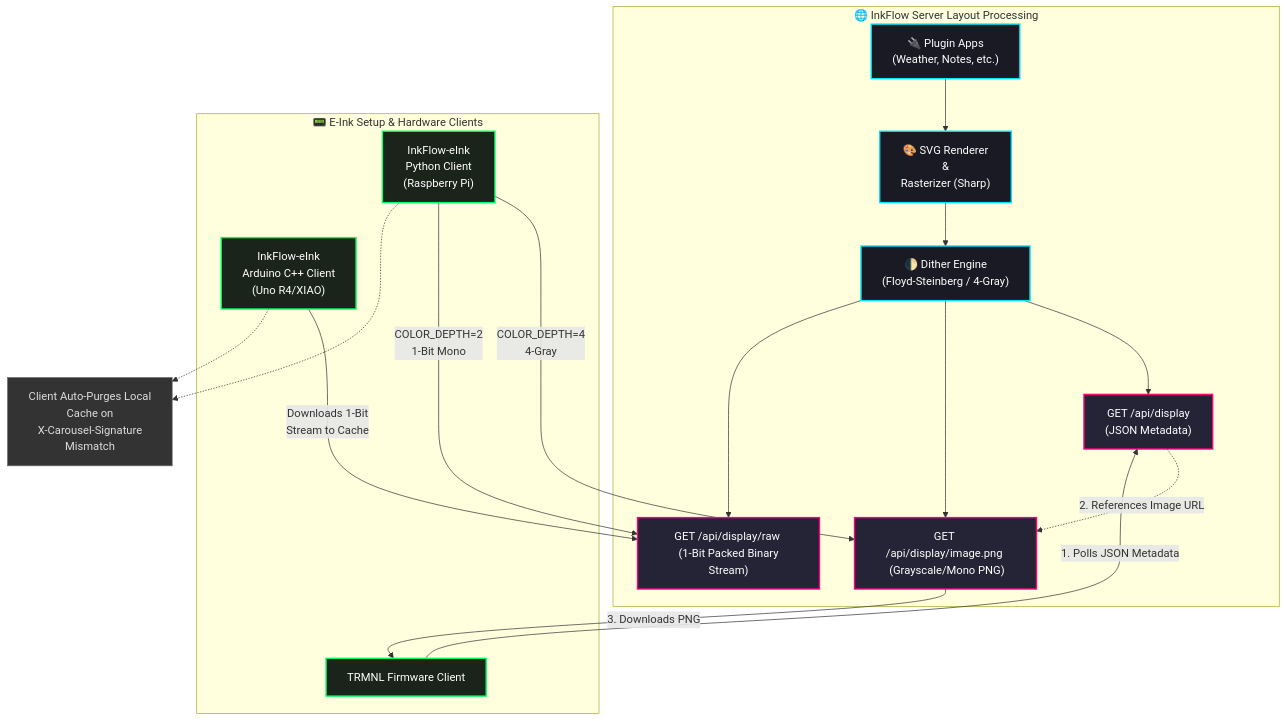
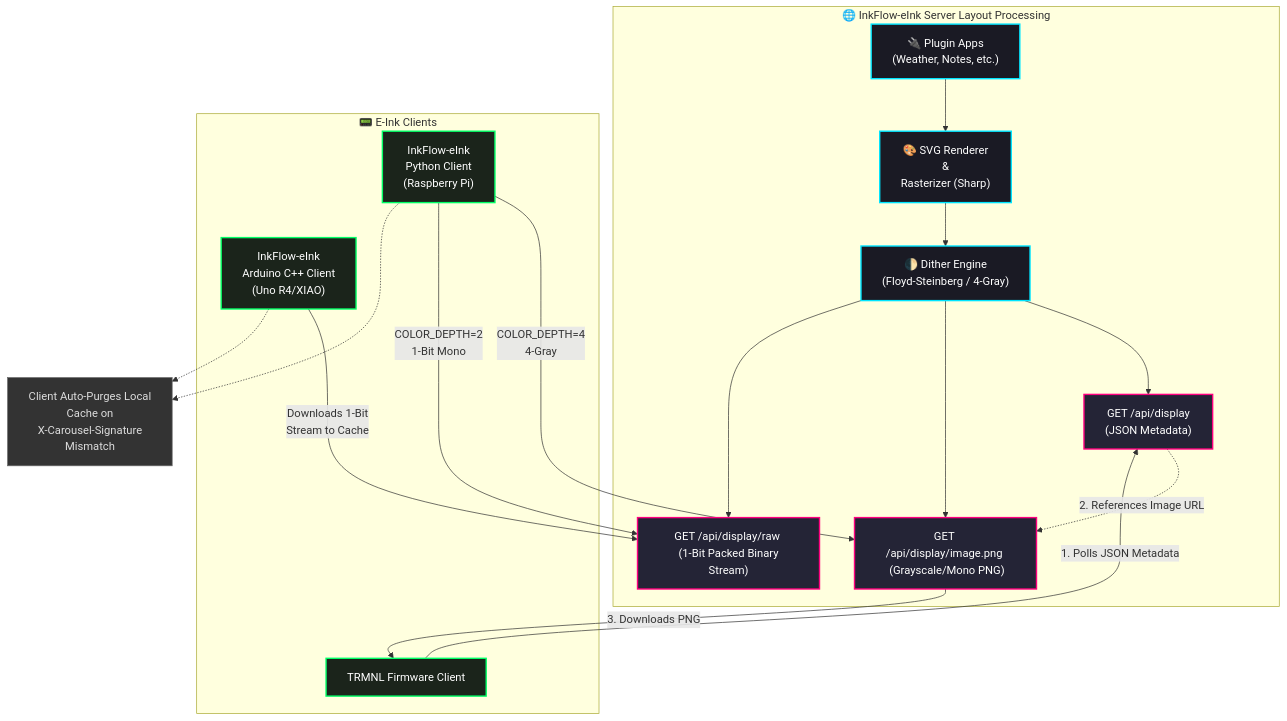
The first of 3 diagrams in README.md (DerrickJEvans/inkflow-eink), drawn with Mermaid before and after one commit.

Commit message:
Update server and client side descriptions in README

````diff
--- a/README.md
+++ b/README.md
@@ -38,40 +38,40 @@
 ```mermaid
 graph TD
     %% Define Styles
     classDef server fill:#1a1a24,stroke:#00e5ff,stroke-width:2px,color:#ffffff;
     classDef endpoint fill:#242436,stroke:#ff007f,stroke-width:2px,color:#ffffff;
     classDef client fill:#1b241b,stroke:#00ff66,stroke-width:2px,color:#ffffff;
     classDef note fill:#333333,stroke:#666666,stroke-width:1px,color:#dddddd;
 
-    subgraph ServerSide ["🌐 InkFlow Server Layout Processing"]
+    subgraph ServerSide ["🌐 InkFlow-eInk Server Layout Processing"]
         A["🔌 Plugin Apps <br/> (Weather, Notes, etc.)"]:::server --> B["🎨 SVG Renderer <br/> & <br/> Rasterizer (Sharp)"]:::server
         B --> C["🌓 Dither Engine <br/> (Floyd-Steinberg / 4-Gray)"]:::server
         
         C --> D1["GET /api/display <br/> (JSON Metadata)"]:::endpoint
         C --> D2["GET /api/display/image.png <br/> (Grayscale/Mono PNG)"]:::endpoint
         C --> D3["GET /api/display/raw <br/> (1-Bit Packed Binary Stream)"]:::endpoint
     end
 
-    subgraph ClientSide ["📟 E-Ink Setup & Hardware Clients"]
+    subgraph ClientSide ["📟 E-Ink Clients"]
         C1["TRMNL Firmware Client"]:::client
         C2["InkFlow-eInk <br/> Python Client <br/> (Raspberry Pi)"]:::client
         C3["InkFlow-eInk <br/> Arduino C++ Client <br/> (Uno R4/XIAO)"]:::client
     end
 
     %% Client 1 Connections
     C1 -->|1. Polls JSON Metadata| D1
     D1 -.->|2. References Image URL| D2
     D2 -->|3. Downloads PNG| C1
 
     %% Client 2 Connections
     C2 ---->|"COLOR_DEPTH=4 <br/> 4-Gray"| D2
     C2 ---->|"COLOR_DEPTH=2 <br/> 1-Bit Mono"| D3
 
     %% Client 3 Connections
     C3 --->|"Downloads 1-Bit <br/> Stream to Cache"| D3
 
     %% Notes
     N1["Client Auto-Purges Local <br/> Cache on <br/> X-Carousel-Signature <br/> Mismatch"]:::note
     C2 -.-> N1
     C3 -.-> N1
 ```
````
